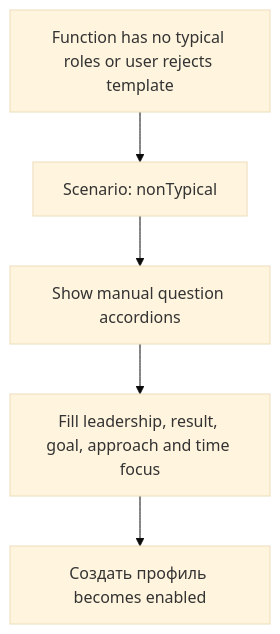
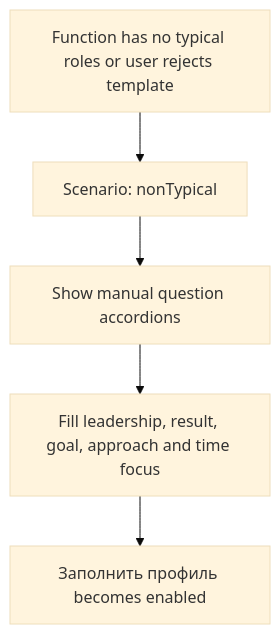
The fifth of 7 diagrams in docs/components/profile-survey/user-flows.md (Anton-Sukhankin/HR-Profiling-Block), drawn with Mermaid (base theme) before and after one commit. The commit also changed other lines of this file and 12 other files, not shown here.

````diff
--- a/docs/components/profile-survey/user-flows.md
+++ b/docs/components/profile-survey/user-flows.md
@@ -57,7 +57,7 @@
 ```mermaid
 flowchart TD
   A["Function has no typical roles or user rejects template"] --> B["Scenario: nonTypical"]
   B --> C["Show manual question accordions"]
   C --> D["Fill leadership, result, goal, approach and time focus"]
-  D --> E["Создать профиль becomes enabled"]
+  D --> E["Заполнить профиль becomes enabled"]
 ```
````
